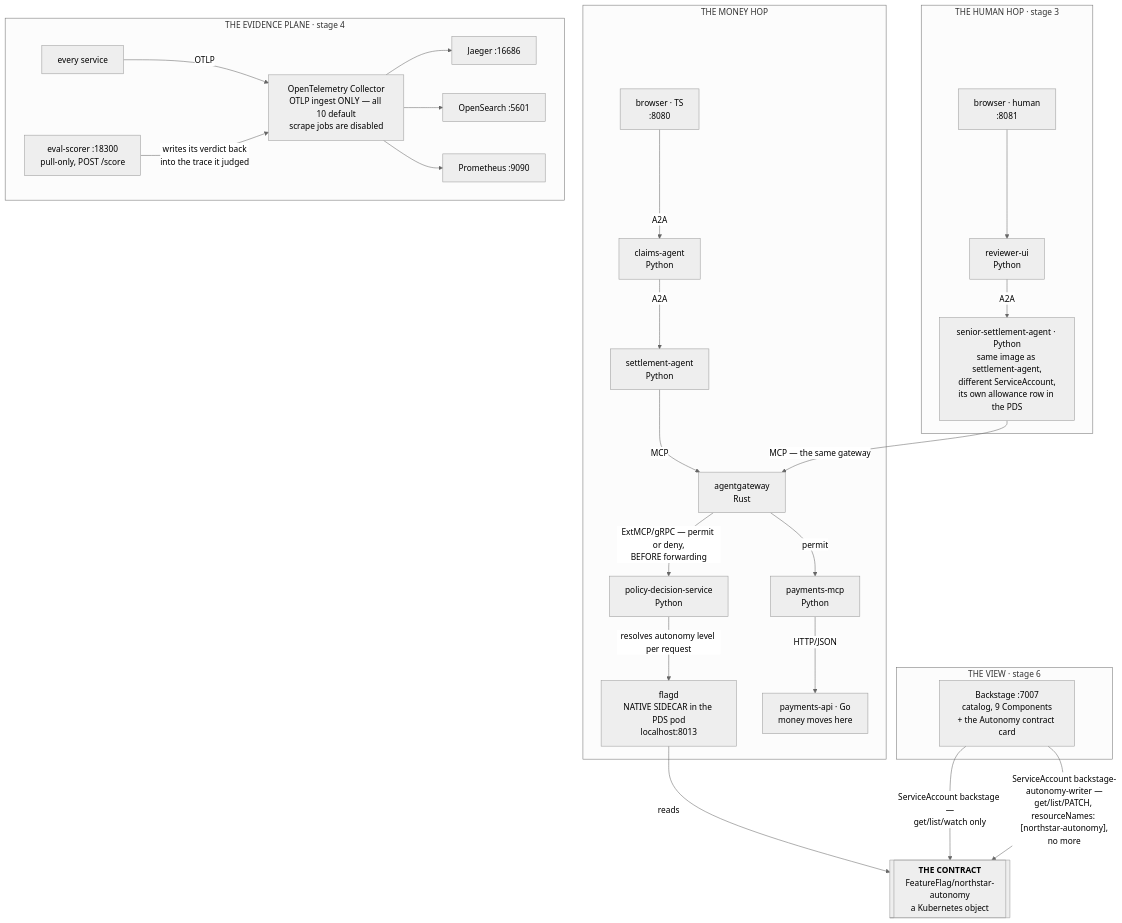
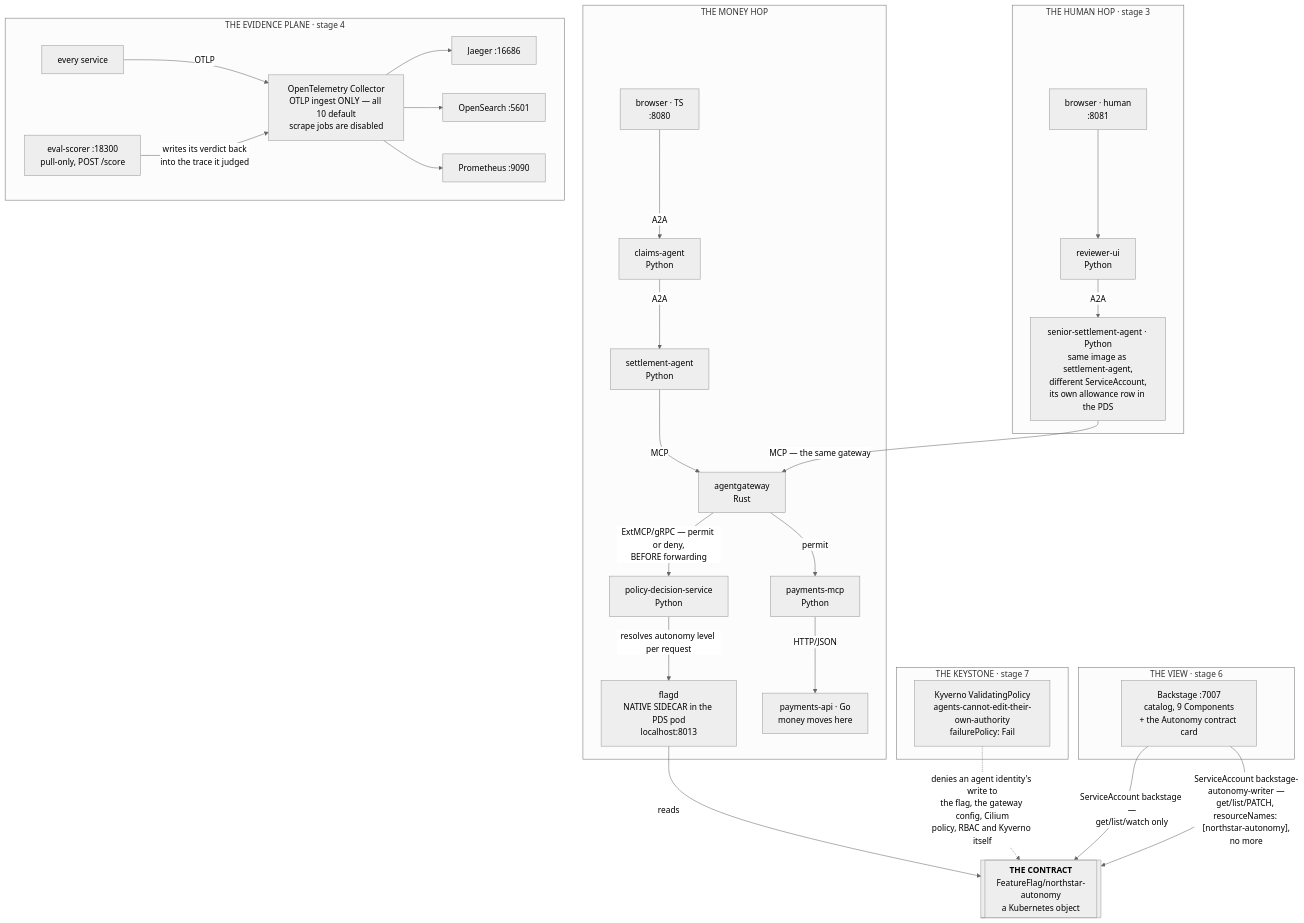
Before and after one commit to kaspernissen/aip-demo: the second of 4 diagrams in docs/demo-runbook.md, drawn with Mermaid (neutral theme). The commit also changed other lines of this file and 3 other files, not shown here.

```diff
--- a/docs/demo-runbook.md
+++ b/docs/demo-runbook.md
@@ -76,61 +97,70 @@
 <pre class="mermaid">
 flowchart TD
     subgraph money["THE MONEY HOP"]
         br["`browser · TS
       :8080`"] -->|A2A| ca["`claims-agent
       Python`"]
         ca -->|A2A| sa["`settlement-agent
       Python`"]
         sa -->|MCP| gw["`agentgateway
       Rust`"]
         gw -->|"`ExtMCP/gRPC — permit or deny,
       BEFORE forwarding`"| pds["`policy-decision-service
       Python`"]
         pds -->|"resolves autonomy level per request"| fd["`flagd
       NATIVE SIDECAR in the PDS pod
       localhost:8013`"]
         gw -->|permit| pm["`payments-mcp
       Python`"]
         pm -->|"HTTP/JSON"| pa["`payments-api · Go
       money moves here`"]
     end
 
     ff[["`**THE CONTRACT**
       FeatureFlag/northstar-autonomy
       a Kubernetes object`"]]
     fd -->|reads| ff
 
     subgraph humanhop["THE HUMAN HOP · stage 3"]
         hb["`browser · human
       :8081`"] --> ru["`reviewer-ui
       Python`"]
         ru -->|A2A| ss["`senior-settlement-agent · Python
       same image as settlement-agent,
       different ServiceAccount,
       its own allowance row in the PDS`"]
     end
     ss -->|"MCP — the same gateway"| gw
 
     subgraph evidence["THE EVIDENCE PLANE · stage 4"]
         svc["every service"] -->|OTLP| col["`OpenTelemetry Collector
       OTLP ingest ONLY — all 10 default
       scrape jobs are disabled`"]
         col --> jg["Jaeger :16686"]
         col --> os["OpenSearch :5601"]
         col --> pr["Prometheus :9090"]
         es["`eval-scorer :18300
       pull-only, POST /score`"] -->|"`writes its verdict back
       into the trace it judged`"| col
     end
 
     subgraph view["THE VIEW · stage 6"]
         bs["`Backstage :7007
       catalog, 9 Components
       + the Autonomy contract card`"]
     end
+
+    subgraph keystone["THE KEYSTONE · stage 7"]
+        kv["`Kyverno ValidatingPolicy
+      agents-cannot-edit-their-own-authority
+      failurePolicy: Fail`"]
+    end
+    kv -.->|"`denies an agent identity's write to
+      the flag, the gateway config, Cilium
+      policy, RBAC and Kyverno itself`"| ff
     bs -->|"`ServiceAccount backstage —
       get/list/watch only`"| ff
     bs -->|"`ServiceAccount backstage-autonomy-writer —
       get/list/PATCH, resourceNames: [northstar-autonomy],
       no more`"| ff
 </pre>
```
